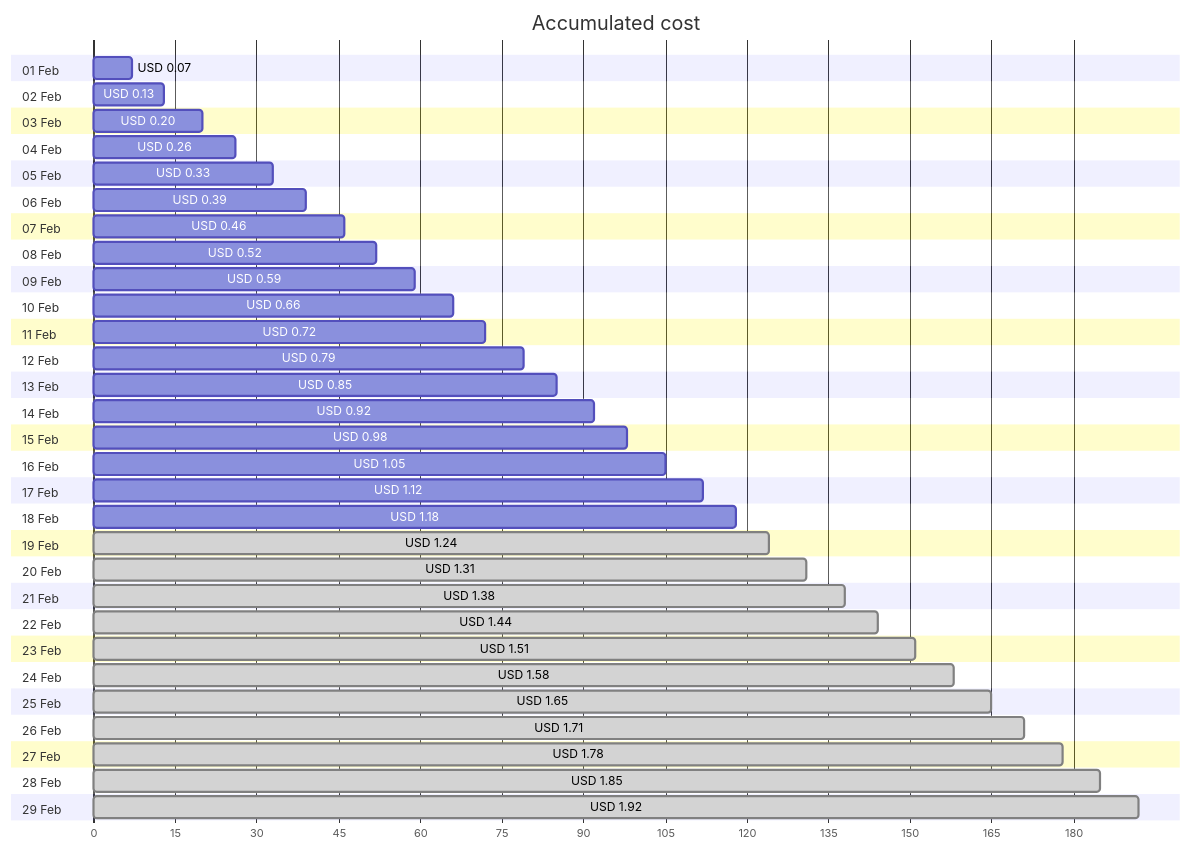
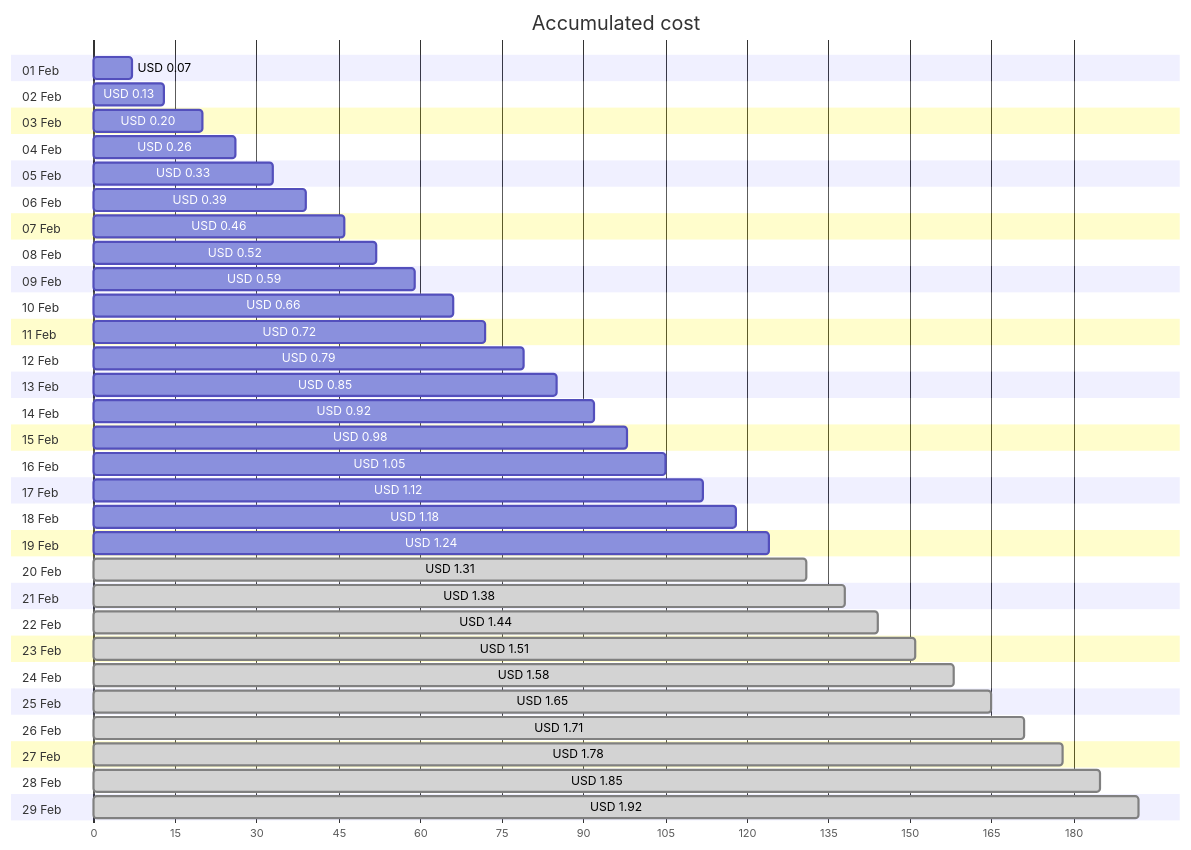
The first of 4 diagrams in cost-reports/personal-network/vpn-server_OsDisk.md (jpfulton/azure-personal-reports), drawn with Mermaid before and after one commit. The commit also changed other lines of this file and 8 other files, not shown here.

````diff
--- a/cost-reports/personal-network/vpn-server_OsDisk.md
+++ b/cost-reports/personal-network/vpn-server_OsDisk.md
@@ -20,64 +20,64 @@
 ```mermaid
 gantt
    title Accumulated cost
    dateFormat  X
    axisFormat %s
    section 01 Feb
    USD 0.07 :0, 7
    section 02 Feb
    USD 0.13 :0, 13
    section 03 Feb
    USD 0.20 :0, 20
    section 04 Feb
    USD 0.26 :0, 26
    section 05 Feb
    USD 0.33 :0, 33
    section 06 Feb
    USD 0.39 :0, 39
    section 07 Feb
    USD 0.46 :0, 46
    section 08 Feb
    USD 0.52 :0, 52
    section 09 Feb
    USD 0.59 :0, 59
    section 10 Feb
    USD 0.66 :0, 66
    section 11 Feb
    USD 0.72 :0, 72
    section 12 Feb
    USD 0.79 :0, 79
    section 13 Feb
    USD 0.85 :0, 85
    section 14 Feb
    USD 0.92 :0, 92
    section 15 Feb
    USD 0.98 :0, 98
    section 16 Feb
    USD 1.05 :0, 105
    section 17 Feb
    USD 1.12 :0, 112
    section 18 Feb
    USD 1.18 :0, 118
    section 19 Feb
-   USD 1.24 : done, 0, 124
+   USD 1.24 :0, 124
    section 20 Feb
    USD 1.31 : done, 0, 131
    section 21 Feb
    USD 1.38 : done, 0, 138
    section 22 Feb
    USD 1.44 : done, 0, 144
    section 23 Feb
    USD 1.51 : done, 0, 151
    section 24 Feb
    USD 1.58 : done, 0, 158
    section 25 Feb
    USD 1.65 : done, 0, 165
    section 26 Feb
    USD 1.71 : done, 0, 171
    section 27 Feb
    USD 1.78 : done, 0, 178
    section 28 Feb
    USD 1.85 : done, 0, 185
    section 29 Feb
    USD 1.92 : done, 0, 192
 ```
````
